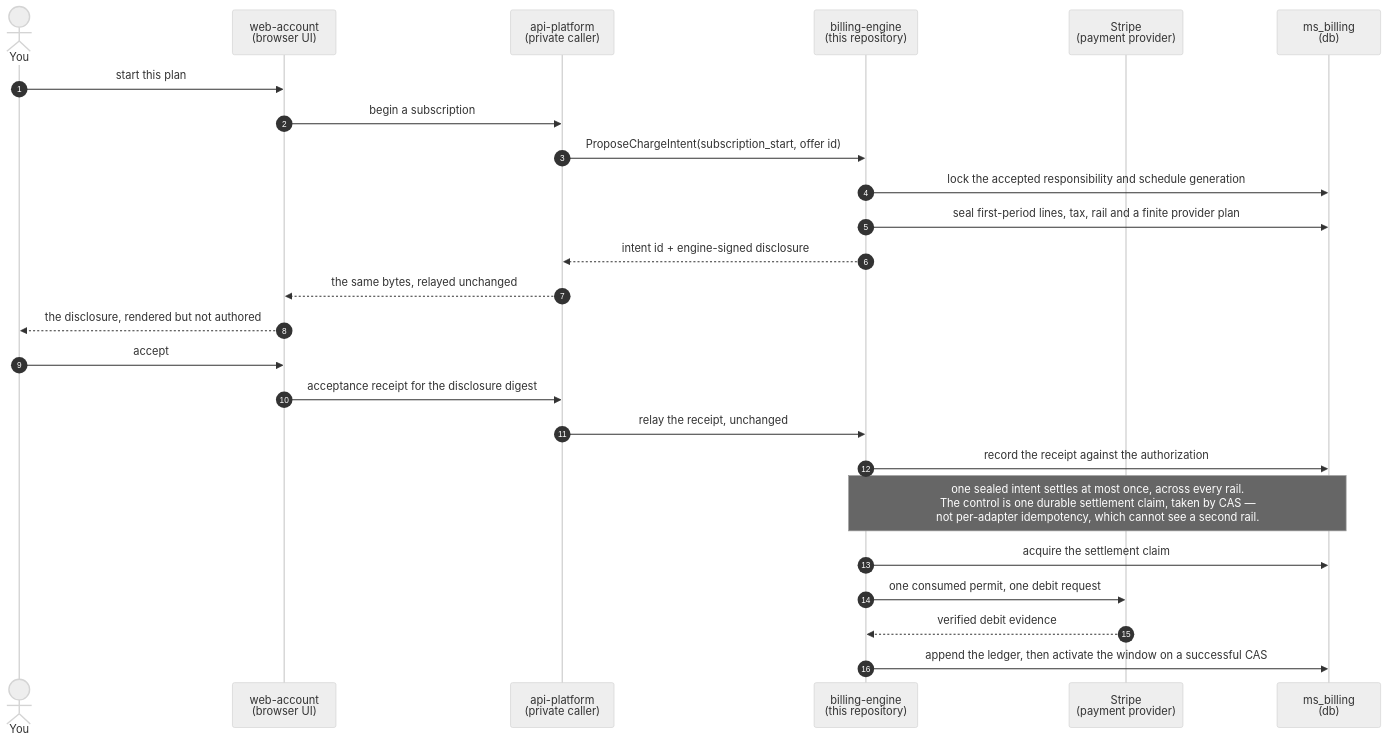
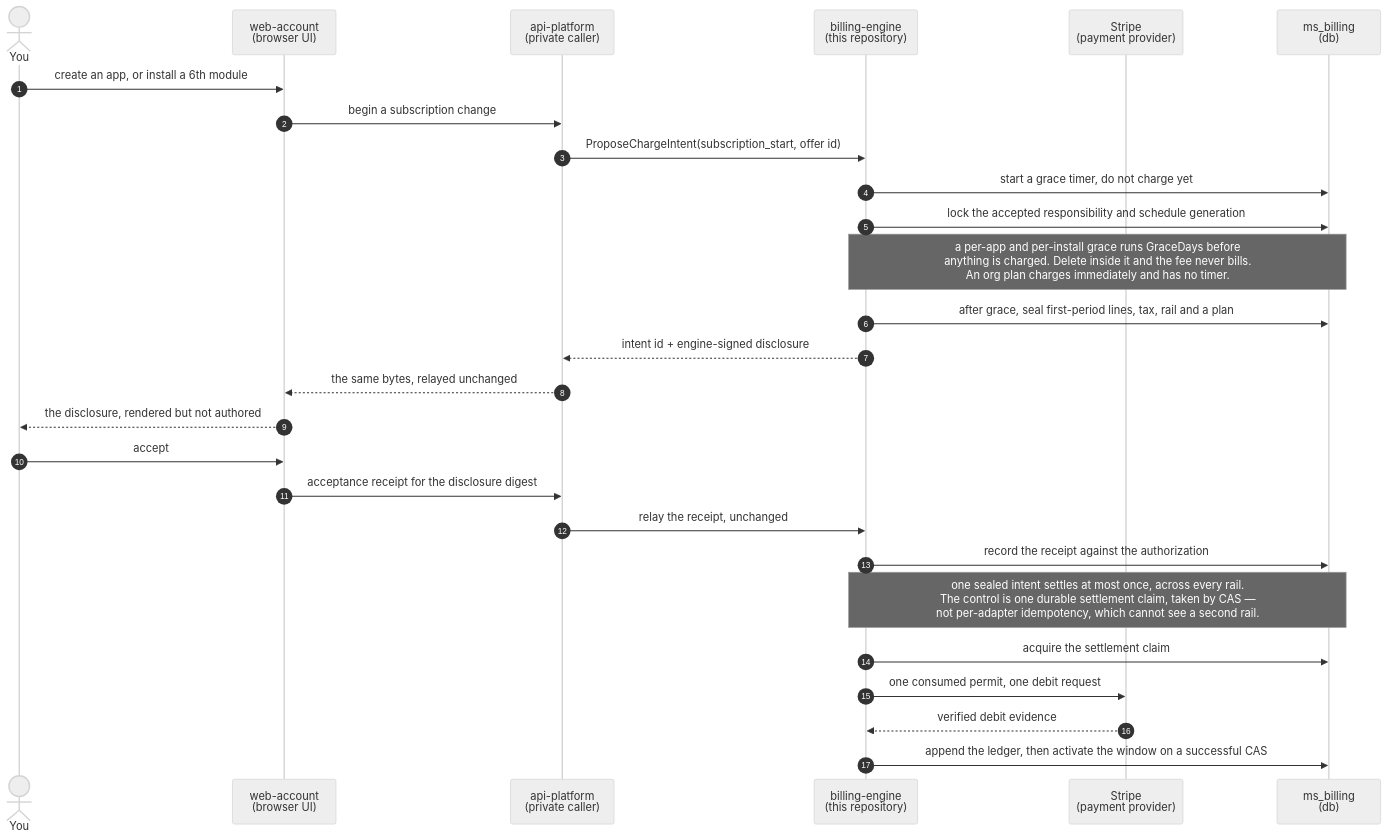
Before and after one commit to mirrorstack-ai/billing-engine: the fifth of 6 diagrams in README.md, drawn with Mermaid (neutral theme). The commit also changed other lines of this file and 1 other file, not shown here.

````diff
--- a/README.md
+++ b/README.md
@@ -346,30 +347,34 @@
 ```mermaid
 sequenceDiagram
     autonumber
     actor You
     participant WA as web-account<br/>(browser UI)
     participant AP as api-platform<br/>(private caller)
     participant Engine as billing-engine<br/>(this repository)
     participant Stripe as Stripe<br/>(payment provider)
     participant DB as ms_billing<br/>(db)
 
-    You->>WA: start this plan
-    WA->>AP: begin a subscription
+    You->>WA: create an app, or install a 6th module
+    WA->>AP: begin a subscription change
     AP->>Engine: ProposeChargeIntent(subscription_start, offer id)
+    Engine->>DB: start a grace timer, do not charge yet
     Engine->>DB: lock the accepted responsibility and schedule generation
-    Engine->>DB: seal first-period lines, tax, rail and a finite provider plan
+
+    Note over Engine,DB: a per-app and per-install grace runs GraceDays before<br/>anything is charged. Delete inside it and the fee never bills.<br/>An org plan charges immediately and has no timer.
+
+    Engine->>DB: after grace, seal first-period lines, tax, rail and a plan
     Engine-->>AP: intent id + engine-signed disclosure
     AP-->>WA: the same bytes, relayed unchanged
     WA-->>You: the disclosure, rendered but not authored
     You->>WA: accept
     WA->>AP: acceptance receipt for the disclosure digest
     AP->>Engine: relay the receipt, unchanged
     Engine->>DB: record the receipt against the authorization
 
     Note over Engine,DB: one sealed intent settles at most once, across every rail.<br/>The control is one durable settlement claim, taken by CAS —<br/>not per-adapter idempotency, which cannot see a second rail.
 
     Engine->>DB: acquire the settlement claim
     Engine->>Stripe: one consumed permit, one debit request
     Stripe-->>Engine: verified debit evidence
     Engine->>DB: append the ledger, then activate the window on a successful CAS
 ```
````
